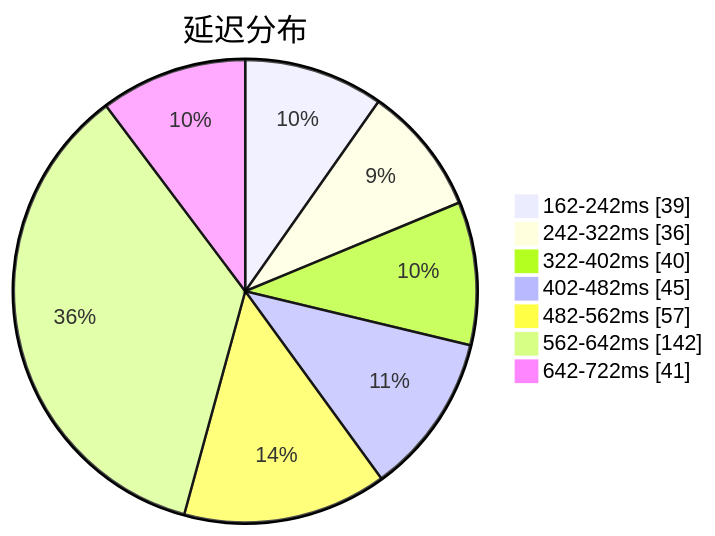
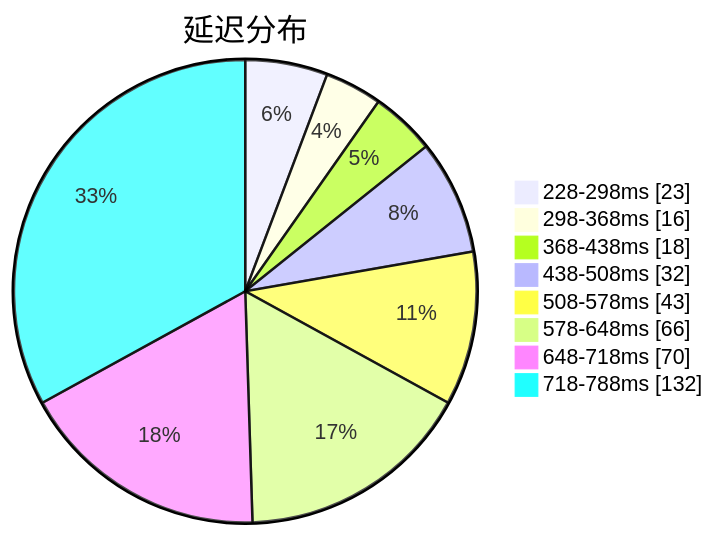
Before and after one commit to qjlxg/airport: the first of 3 diagrams in subs/statistics/tested_within.md, drawn with Mermaid. The commit also changed other lines of this file and 2 other files, not shown here.

````diff
--- a/subs/statistics/tested_within.md
+++ b/subs/statistics/tested_within.md
@@ -2,11 +2,12 @@
 ```mermaid
 pie showData
 title 延迟分布
-"162-242ms" : 39
-"242-322ms" : 36
-"322-402ms" : 40
-"402-482ms" : 45
-"482-562ms" : 57
-"562-642ms" : 142
-"642-722ms" : 41
+"228-298ms" : 23
+"298-368ms" : 16
+"368-438ms" : 18
+"438-508ms" : 32
+"508-578ms" : 43
+"578-648ms" : 66
+"648-718ms" : 70
+"718-788ms" : 132
 ```
````
